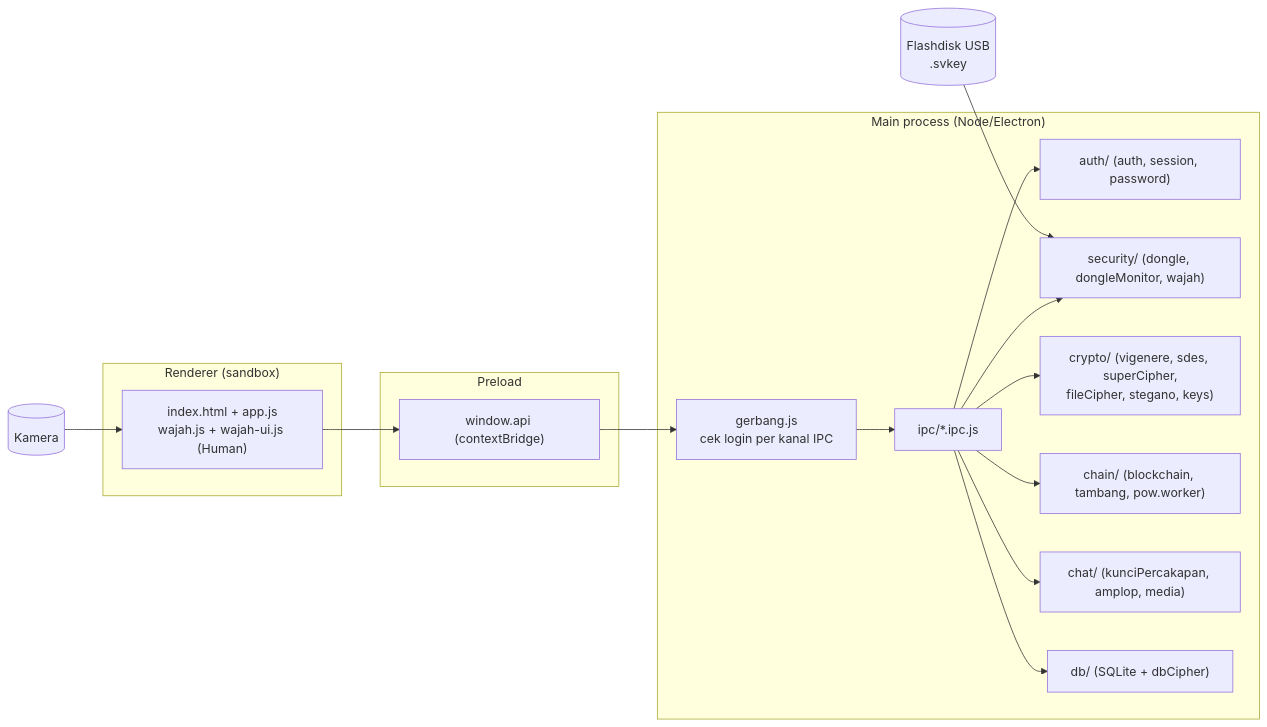
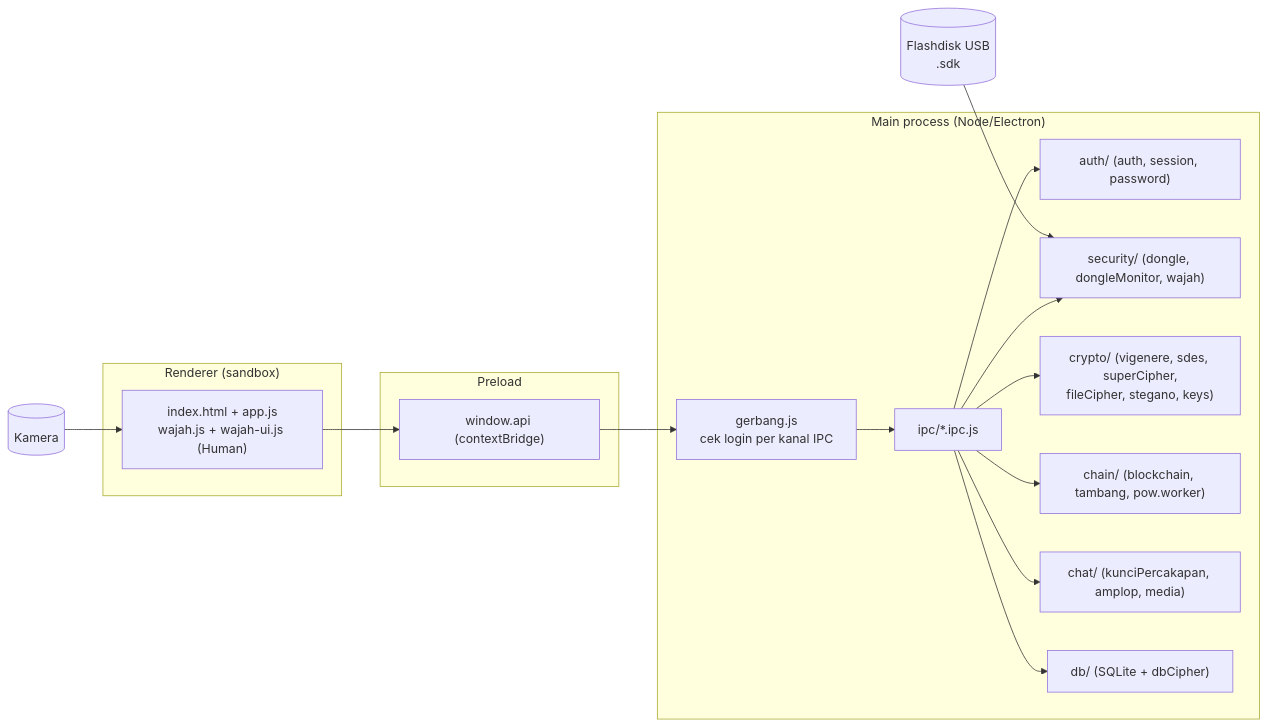
One commit to anubluskrin/TA-Kriptoasik changed the first of 3 diagrams in README.md. Above: the diagram before and after it, drawn with Mermaid. The commit also changed other lines of this file and 20 other files, not shown here.

````diff
--- a/README.md
+++ b/README.md
@@ -52,23 +52,23 @@
 ```mermaid
 flowchart LR
   subgraph Renderer["Renderer (sandbox)"]
     UI["index.html + app.js\nwajah.js + wajah-ui.js (Human)"]
   end
   subgraph Preload["Preload"]
     API["window.api (contextBridge)"]
   end
   subgraph Main["Main process (Node/Electron)"]
     GATE["gerbang.js\ncek login per kanal IPC"]
     IPC["ipc/*.ipc.js"]
     AUTH["auth/ (auth, session, password)"]
     SEC["security/ (dongle, dongleMonitor, wajah)"]
     CRY["crypto/ (vigenere, sdes, superCipher,\nfileCipher, stegano, keys)"]
     CHAIN["chain/ (blockchain, tambang, pow.worker)"]
     CHAT["chat/ (kunciPercakapan, amplop, media)"]
     DB["db/ (SQLite + dbCipher)"]
   end
   UI --> API --> GATE --> IPC
   IPC --> AUTH & SEC & CRY & CHAIN & CHAT & DB
-  USB[("Flashdisk USB\n.svkey")] --> SEC
+  USB[("Flashdisk USB\n.sdk")] --> SEC
   CAM[("Kamera")] --> UI
 ```
````
